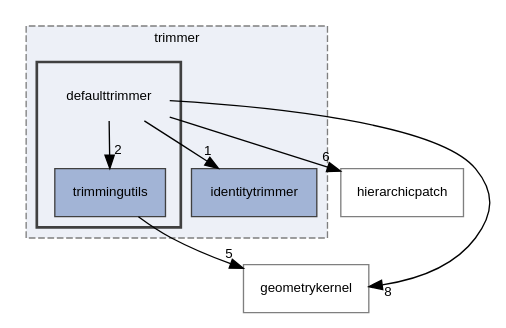
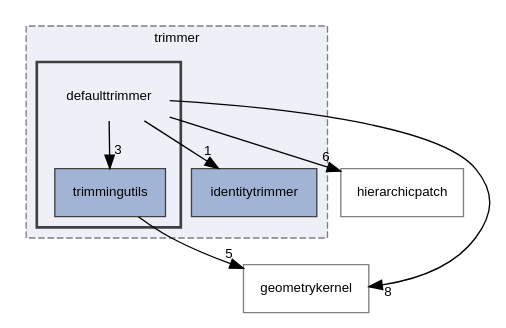
One commit to rath3t/dune-iga-doc changed the diagram in dir_265321845ed2650d675b22a94b62262d_dep.dot. Above: the diagram before and after it, drawn with Graphviz. The commit also changed 59 other files, not shown here.

```diff
--- a/dir_265321845ed2650d675b22a94b62262d_dep.dot
+++ b/dir_265321845ed2650d675b22a94b62262d_dep.dot
@@ -1,23 +1,23 @@
 digraph "defaulttrimmer"
 {
  // LATEX_PDF_SIZE
   edge [fontname="Helvetica",fontsize="10",labelfontname="Helvetica",labelfontsize="10"];
   node [fontname="Helvetica",fontsize="10",shape=record];
   compound=true
   subgraph clusterdir_7d0c370ab440c4b4f78419bfc8c93eb8 {
     graph [ bgcolor="#edf0f7", pencolor="grey50", style="filled,dashed,", label="trimmer", fontname="Helvetica", fontsize="10", URL="dir_7d0c370ab440c4b4f78419bfc8c93eb8.html"]
   dir_aa3557bd66a6784b3b9e663253e8d0ba [shape=box, label="identitytrimmer", style="filled,", fillcolor="#a2b4d6", color="grey25", URL="dir_aa3557bd66a6784b3b9e663253e8d0ba.html"];
   subgraph clusterdir_265321845ed2650d675b22a94b62262d {
     graph [ bgcolor="#edf0f7", pencolor="grey25", style="filled,bold,", label="", fontname="Helvetica", fontsize="10", URL="dir_265321845ed2650d675b22a94b62262d.html"]
     dir_265321845ed2650d675b22a94b62262d [shape=plaintext, label="defaulttrimmer"];
   dir_75403dd546d989c4e56d84af3932dae7 [shape=box, label="trimmingutils", style="filled,", fillcolor="#a2b4d6", color="grey25", URL="dir_75403dd546d989c4e56d84af3932dae7.html"];
   }
   }
   dir_12fc9e68aad46ae2d80ba50ef1c96d76 [shape=box, label="hierarchicpatch", style="", fillcolor="#edf0f7", color="grey50", URL="dir_12fc9e68aad46ae2d80ba50ef1c96d76.html"];
   dir_98571e7345f7327fea7723ec1a12d870 [shape=box, label="geometrykernel", style="", fillcolor="#edf0f7", color="grey50", URL="dir_98571e7345f7327fea7723ec1a12d870.html"];
   dir_265321845ed2650d675b22a94b62262d->dir_12fc9e68aad46ae2d80ba50ef1c96d76 [headlabel="6", labeldistance=1.5 headhref="dir_000001_000007.html"];
-  dir_265321845ed2650d675b22a94b62262d->dir_75403dd546d989c4e56d84af3932dae7 [headlabel="2", labeldistance=1.5 headhref="dir_000001_000021.html"];
+  dir_265321845ed2650d675b22a94b62262d->dir_75403dd546d989c4e56d84af3932dae7 [headlabel="3", labeldistance=1.5 headhref="dir_000001_000021.html"];
   dir_265321845ed2650d675b22a94b62262d->dir_98571e7345f7327fea7723ec1a12d870 [headlabel="8", labeldistance=1.5 headhref="dir_000001_000006.html"];
   dir_265321845ed2650d675b22a94b62262d->dir_aa3557bd66a6784b3b9e663253e8d0ba [headlabel="1", labeldistance=1.5 headhref="dir_000001_000009.html"];
   dir_75403dd546d989c4e56d84af3932dae7->dir_98571e7345f7327fea7723ec1a12d870 [headlabel="5", labeldistance=1.5 headhref="dir_000021_000006.html"];
 }
```
